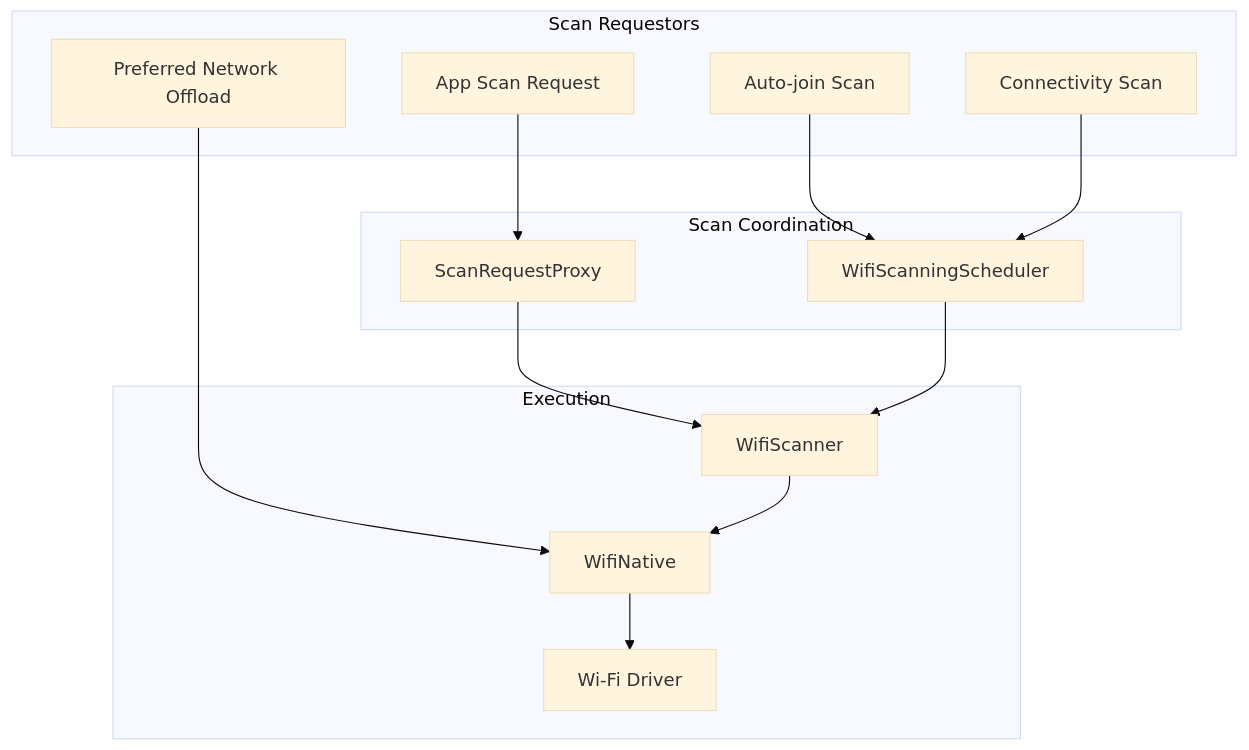
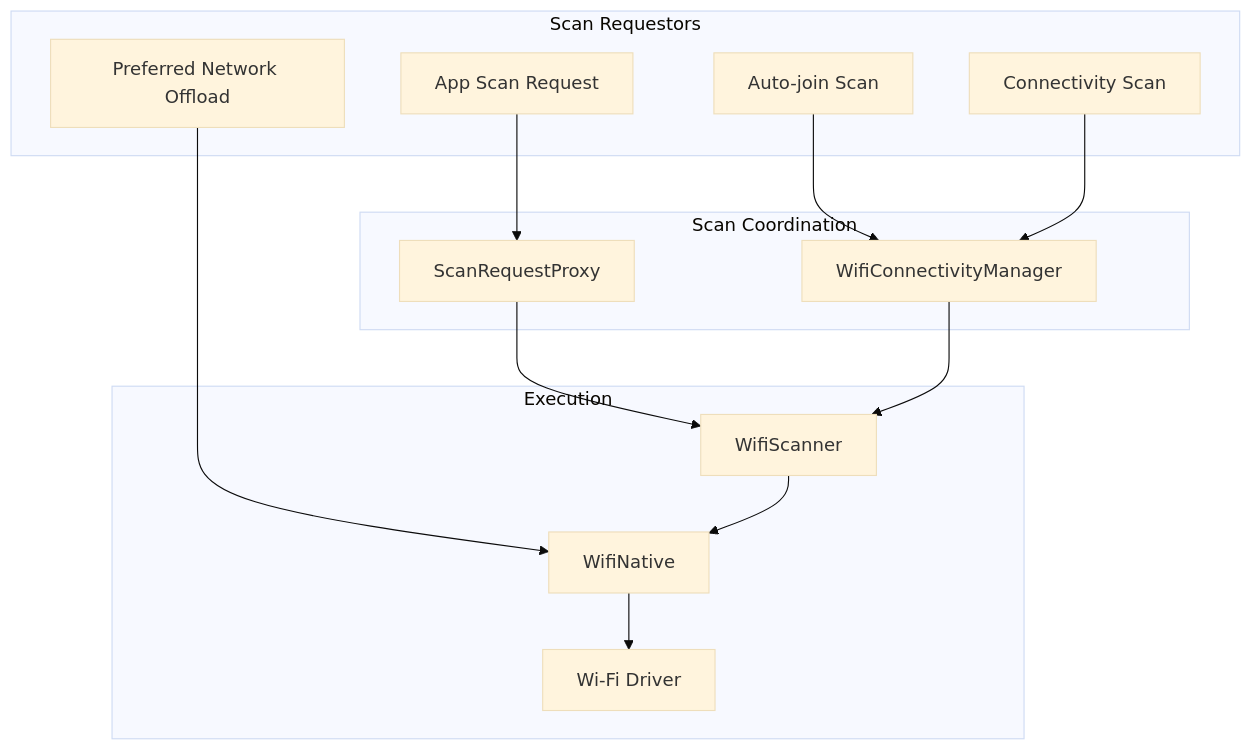
Before and after one commit to aospbooks/aosp-internal-book: diagram 41 of 55 in 35-networking.md, drawn with Mermaid (base theme). The commit also changed other lines of this file and 218 other files, not shown here.

````diff
--- a/35-networking.md
+++ b/35-networking.md
@@ -3637,29 +3661,29 @@
 ```mermaid
 graph TD
     subgraph "Scan Requestors"
         APP_SCAN["App Scan Request"]
         AUTO_SCAN["Auto-join Scan"]
         CONN_SCAN["Connectivity Scan"]
         PNO["Preferred Network Offload"]
     end
 
     subgraph "Scan Coordination"
         PROXY["ScanRequestProxy"]
-        SCHED["WifiScanningScheduler"]
+        SCHED["WifiConnectivityManager"]
     end
 
     subgraph "Execution"
         SCANNER["WifiScanner"]
         WNATIVE["WifiNative"]
         DRIVER["Wi-Fi Driver"]
     end
 
     APP_SCAN --> PROXY
     AUTO_SCAN --> SCHED
     CONN_SCAN --> SCHED
     PNO --> WNATIVE
     PROXY --> SCANNER
     SCHED --> SCANNER
     SCANNER --> WNATIVE
     WNATIVE --> DRIVER
 ```
````
